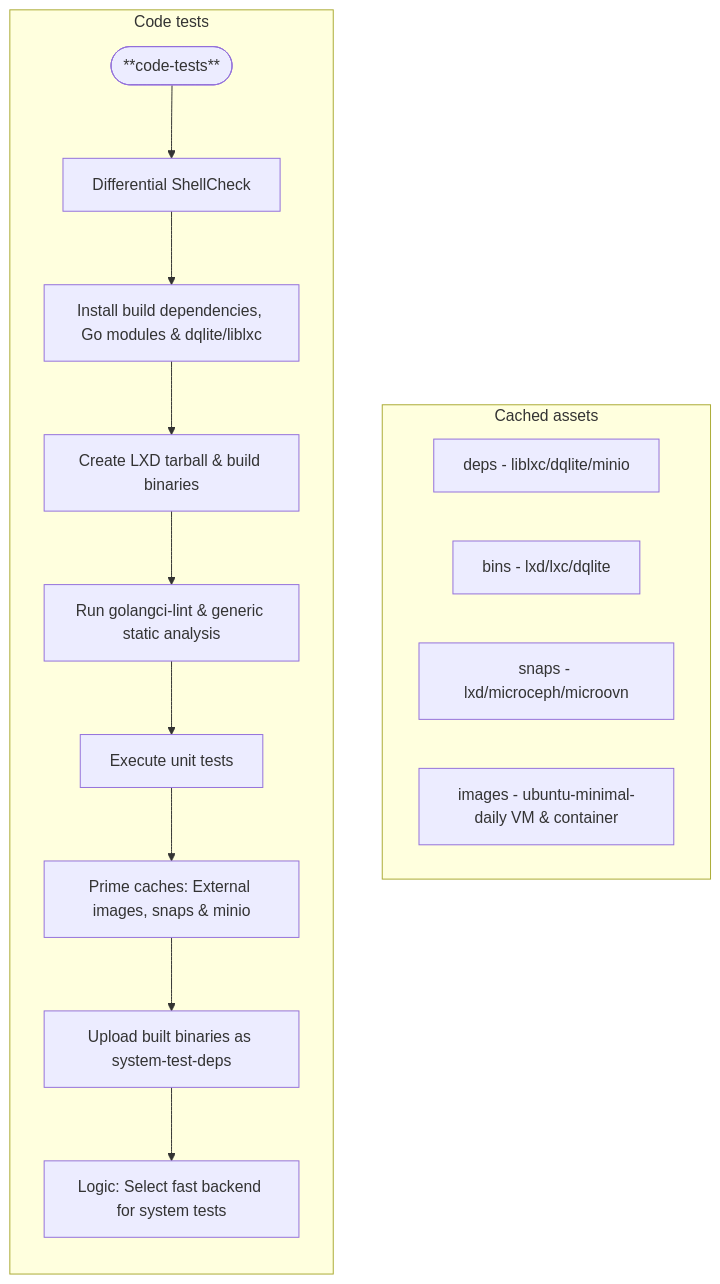
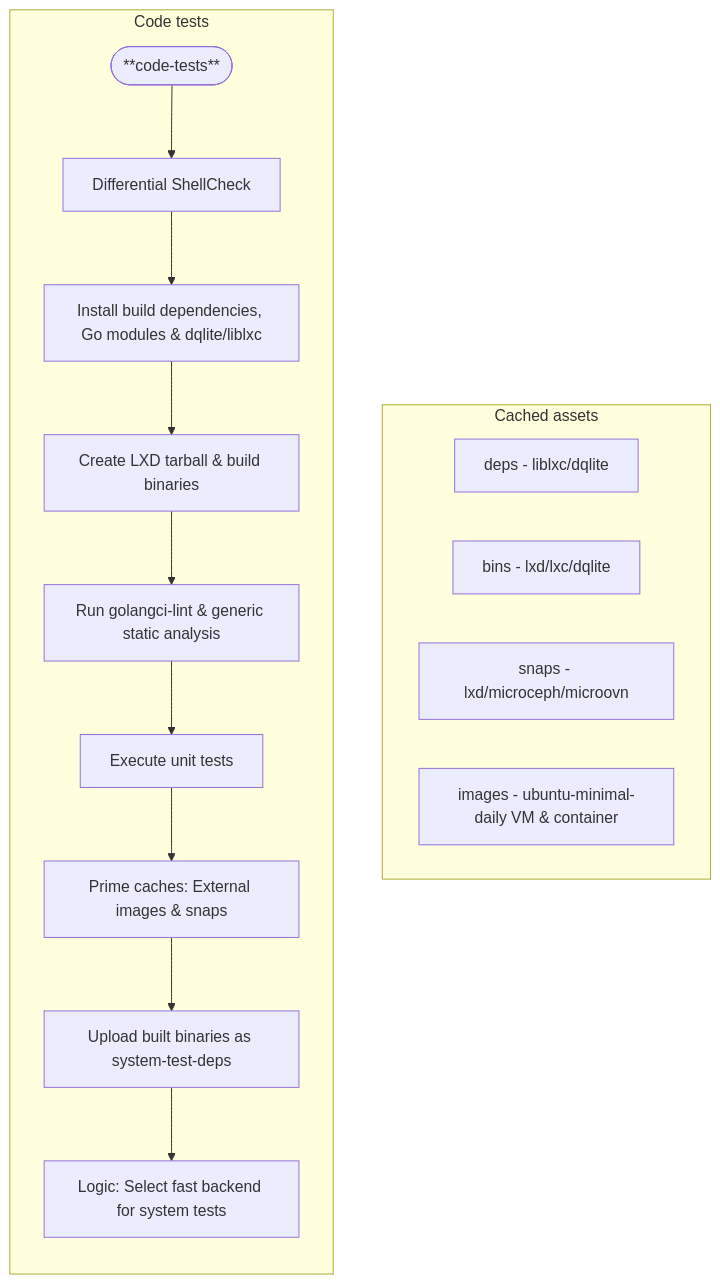
One commit to canonical/lxd changed the second of 6 diagrams in test/overview.md. Above: the diagram before and after it, drawn with Mermaid. The commit also changed other lines of this file, not shown here.

Commit message:
test/overview: remove `MinIO`

````diff
--- a/test/overview.md
+++ b/test/overview.md
@@ -56,21 +56,21 @@
 ```mermaid
 graph TD
     subgraph CT_Cache [Cached assets]
         direction LR
-        O1[deps - liblxc/dqlite/minio]
+        O1[deps - liblxc/dqlite]
         O2[bins - lxd/lxc/dqlite]
         O3[snaps - lxd/microceph/microovn]
         O4[images - ubuntu-minimal-daily VM & container]
     end
     subgraph CT [Code tests]
         direction TB
         Start(["**code-tests**"]) --> ShellCheck[Differential ShellCheck]
         ShellCheck --> InstallDeps[Install build dependencies, Go modules & dqlite/liblxc]
         InstallDeps --> BuildProcess[Create LXD tarball & build binaries]
         BuildProcess --> StaticAnalysis[Run golangci-lint & generic static analysis]
         StaticAnalysis --> UnitTests[Execute unit tests]
-        UnitTests --> PrimeCaches[Prime caches: External images, snaps & minio]
+        UnitTests --> PrimeCaches[Prime caches: External images & snaps]
         PrimeCaches --> UploadArtifacts[Upload built binaries as system-test-deps]
         UploadArtifacts --> PickBackend[Logic: Select fast backend for system tests]
     end
 ```
````
